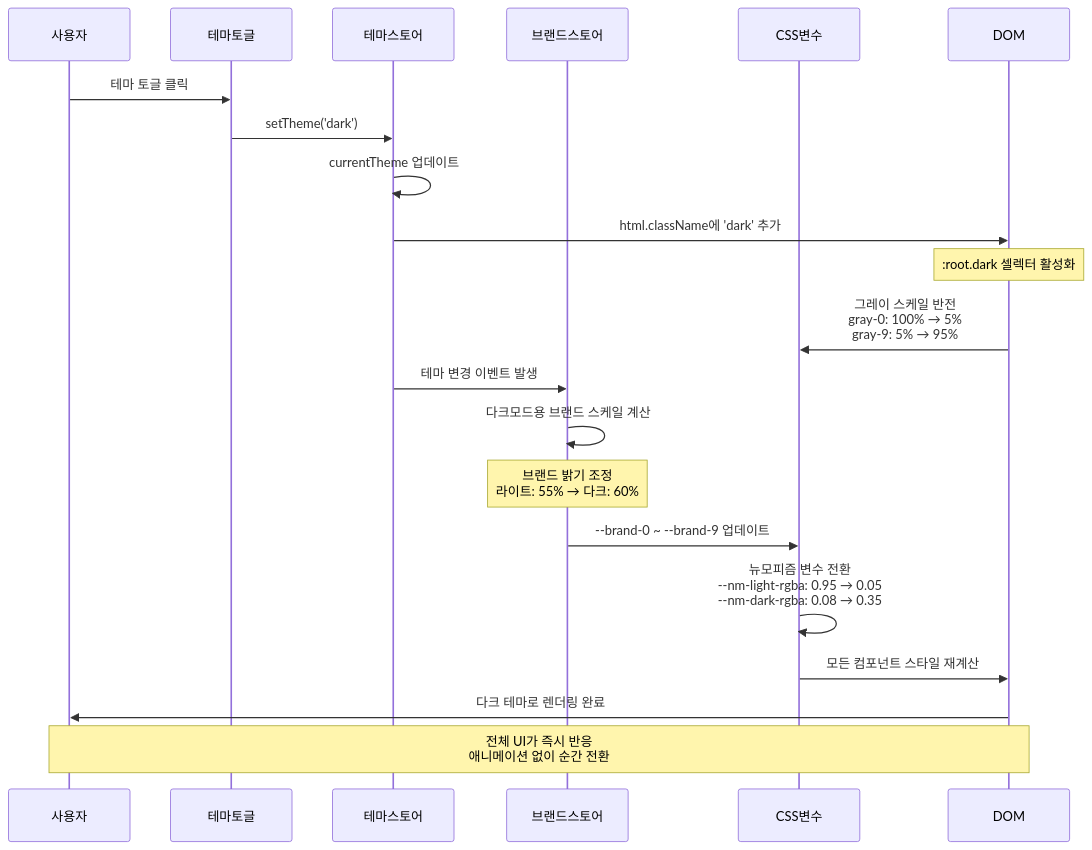
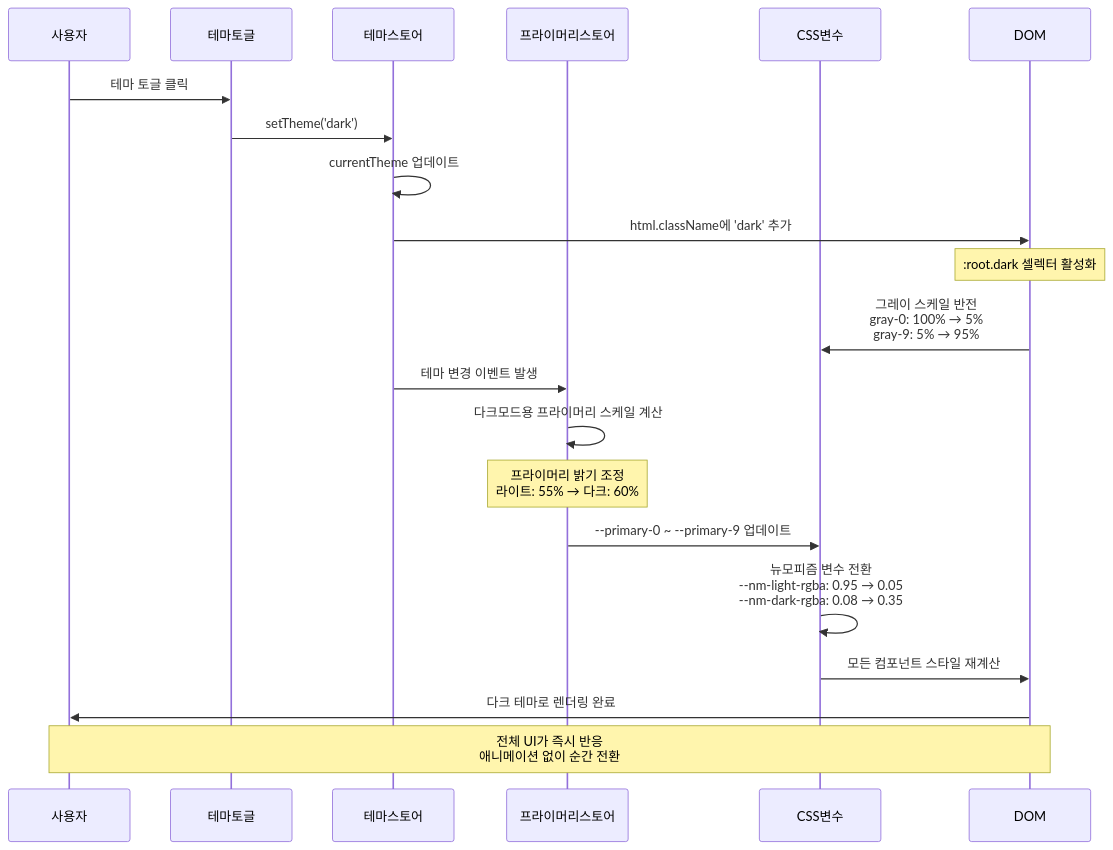
Before and after one commit to webcodur/next-temp: the third of 11 diagrams in src/styles/STYLE_GUIDE.md, drawn with Mermaid. The commit also changed other lines of this file and 79 other files, not shown here.

````diff
--- a/src/styles/STYLE_GUIDE.md
+++ b/src/styles/STYLE_GUIDE.md
@@ -174,33 +174,33 @@
 ```mermaid
 sequenceDiagram
     participant 사용자
     participant 테마토글
     participant 테마스토어
-    participant 브랜드스토어
+    participant 프라이머리스토어
     participant CSS변수
     participant DOM
     
     사용자->>테마토글: 테마 토글 클릭
     테마토글->>테마스토어: setTheme('dark')
     
     테마스토어->>테마스토어: currentTheme 업데이트
     테마스토어->>DOM: html.className에 'dark' 추가
     
     Note over DOM: :root.dark 셀렉터 활성화
     
     DOM->>CSS변수: 그레이 스케일 반전<br/>gray-0: 100% → 5%<br/>gray-9: 5% → 95%
     
-    테마스토어->>브랜드스토어: 테마 변경 이벤트 발생
-    브랜드스토어->>브랜드스토어: 다크모드용 브랜드 스케일 계산
+    테마스토어->>프라이머리스토어: 테마 변경 이벤트 발생
+    프라이머리스토어->>프라이머리스토어: 다크모드용 프라이머리 스케일 계산
     
-    Note over 브랜드스토어: 브랜드 밝기 조정<br/>라이트: 55% → 다크: 60%
+    Note over 프라이머리스토어: 프라이머리 밝기 조정<br/>라이트: 55% → 다크: 60%
     
-    브랜드스토어->>CSS변수: --brand-0 ~ --brand-9 업데이트
+    프라이머리스토어->>CSS변수: --primary-0 ~ --primary-9 업데이트
     
     CSS변수->>CSS변수: 뉴모피즘 변수 전환<br/>--nm-light-rgba: 0.95 → 0.05<br/>--nm-dark-rgba: 0.08 → 0.35
     
     CSS변수->>DOM: 모든 컴포넌트 스타일 재계산
     DOM->>사용자: 다크 테마로 렌더링 완료
     
     Note over 사용자,DOM: 전체 UI가 즉시 반응<br/>애니메이션 없이 순간 전환
 ```
````
